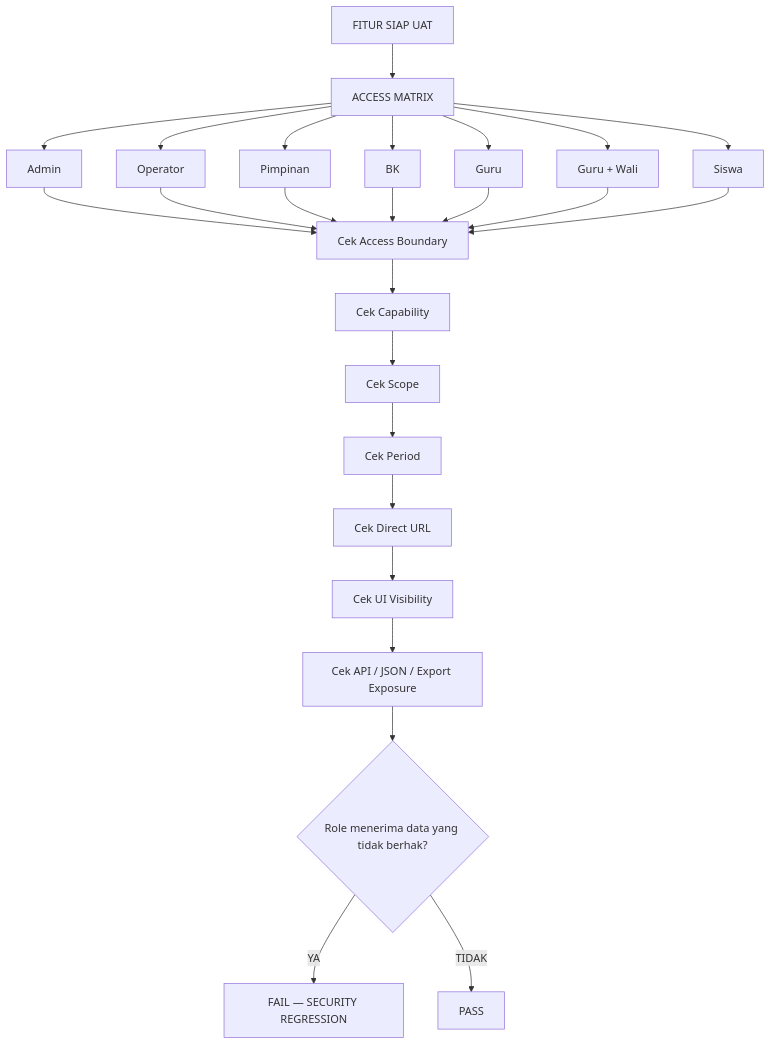
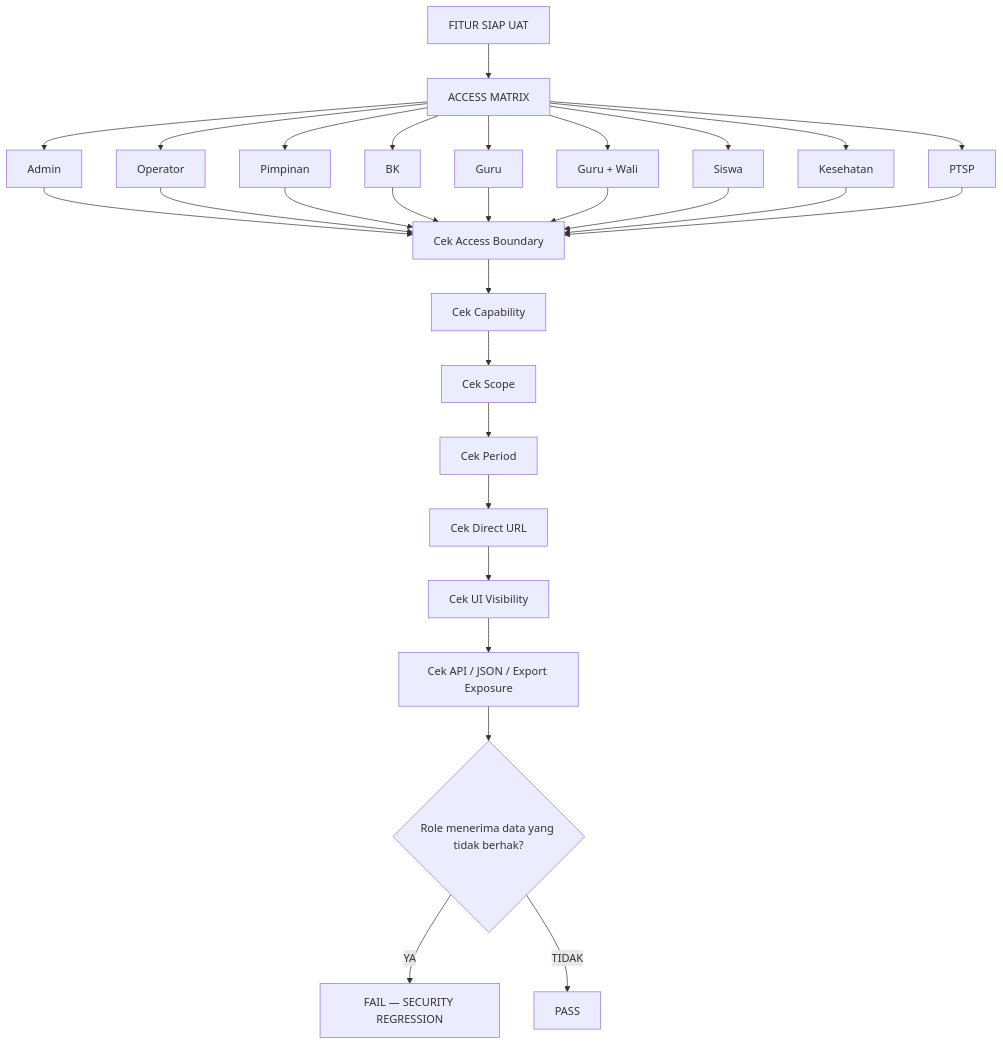
Before and after one commit to Al-Faroz/sisfour_dev_v2: the tenth of 12 diagrams in docs/00A_GLOBAL_STANDARD_SISFOUR.md, drawn with Mermaid. The commit also changed other lines of this file, not shown here.

Commit message:
docs(global): map Kesehatan and PTSP access domains

````diff
--- a/docs/00A_GLOBAL_STANDARD_SISFOUR.md
+++ b/docs/00A_GLOBAL_STANDARD_SISFOUR.md
@@ -508,31 +710,35 @@
 ```mermaid
 flowchart TD
     A["FITUR SIAP UAT"] --> B["ACCESS MATRIX"]
 
     B --> B1["Admin"]
     B --> B2["Operator"]
     B --> B3["Pimpinan"]
     B --> B4["BK"]
     B --> B5["Guru"]
     B --> B6["Guru + Wali"]
     B --> B7["Siswa"]
+    B --> B8["Kesehatan"]
+    B --> B9["PTSP"]
 
     B1 --> C["Cek Access Boundary"]
     B2 --> C
     B3 --> C
     B4 --> C
     B5 --> C
     B6 --> C
     B7 --> C
+    B8 --> C
+    B9 --> C
 
     C --> D["Cek Capability"]
     D --> E["Cek Scope"]
     E --> F["Cek Period"]
     F --> G["Cek Direct URL"]
     G --> H["Cek UI Visibility"]
     H --> I["Cek API / JSON / Export Exposure"]
 
     I --> J{"Role menerima data yang tidak berhak?"}
     J -- "YA" --> X["FAIL — SECURITY REGRESSION"]
     J -- "TIDAK" --> K["PASS"]
 ```
````
